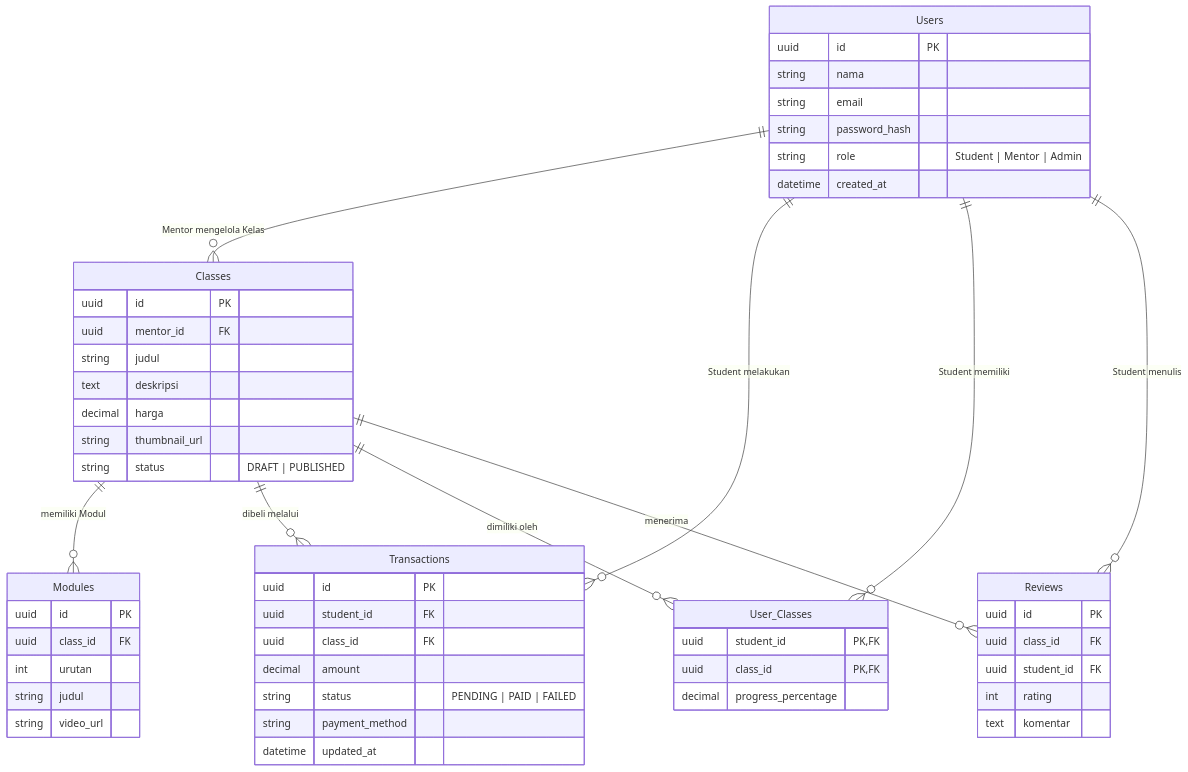
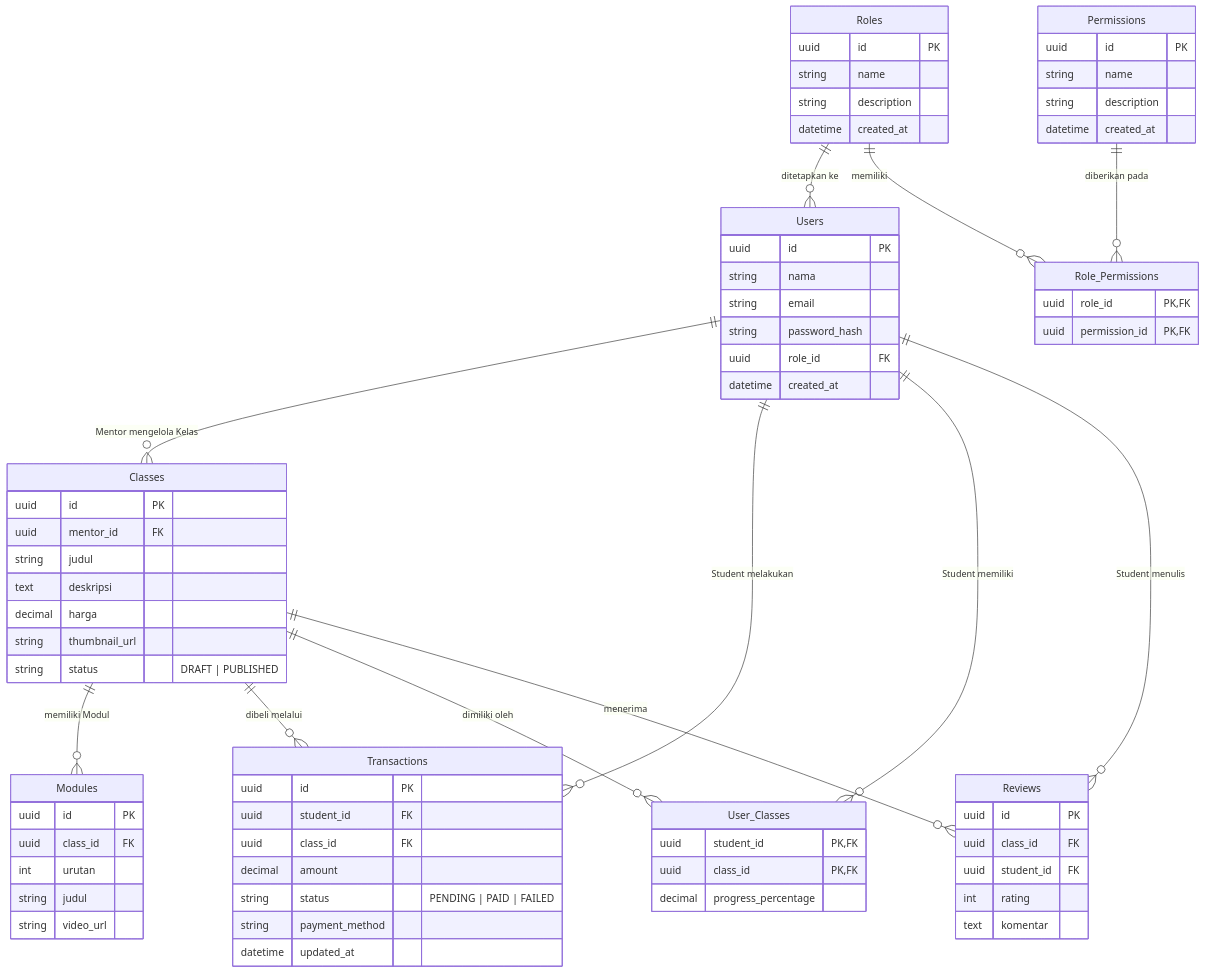
The diagram in CodingStudy/documentations/ERD.md (huqong282-lab/coding-study-fe), drawn with Mermaid before and after one commit. The commit also changed other lines of this file and 1 other file, not shown here.

Commit message:
feat: update ERD and system requirements with new role-based access control architecture

```diff
--- a/CodingStudy/documentations/ERD.md
+++ b/CodingStudy/documentations/ERD.md
@@ -9,8 +9,27 @@
         string nama
         string email
         string password_hash
-        string role "Student | Mentor | Admin"
+        uuid role_id FK
         datetime created_at
+    }
+
+    Roles {
+        uuid id PK
+        string name
+        string description
+        datetime created_at
+    }
+
+    Permissions {
+        uuid id PK
+        string name
+        string description
+        datetime created_at
+    }
+
+    Role_Permissions {
+        uuid role_id PK, FK
+        uuid permission_id PK, FK
     }
 
     Classes {
@@ -56,6 +75,10 @@
     }
 
     %% Relationships
+    Roles ||--o{ Users : "ditetapkan ke"
+    Roles ||--o{ Role_Permissions : "memiliki"
+    Permissions ||--o{ Role_Permissions : "diberikan pada"
+    
     Users ||--o{ Classes : "Mentor mengelola Kelas"
     Classes ||--o{ Modules : "memiliki Modul"
     
```
